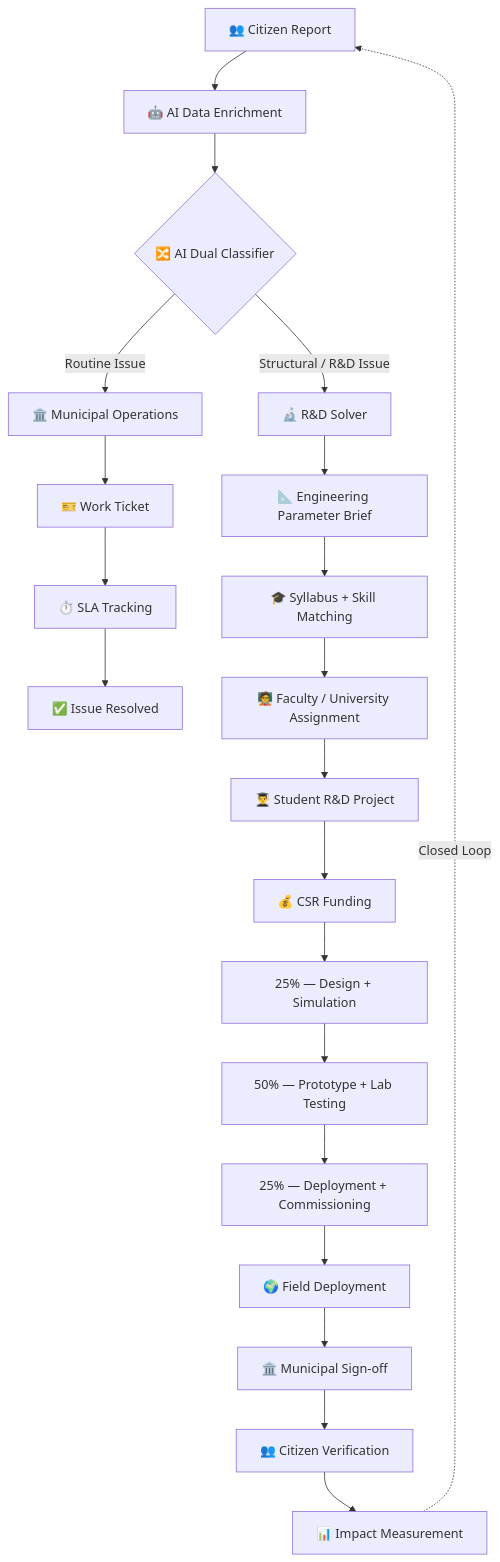
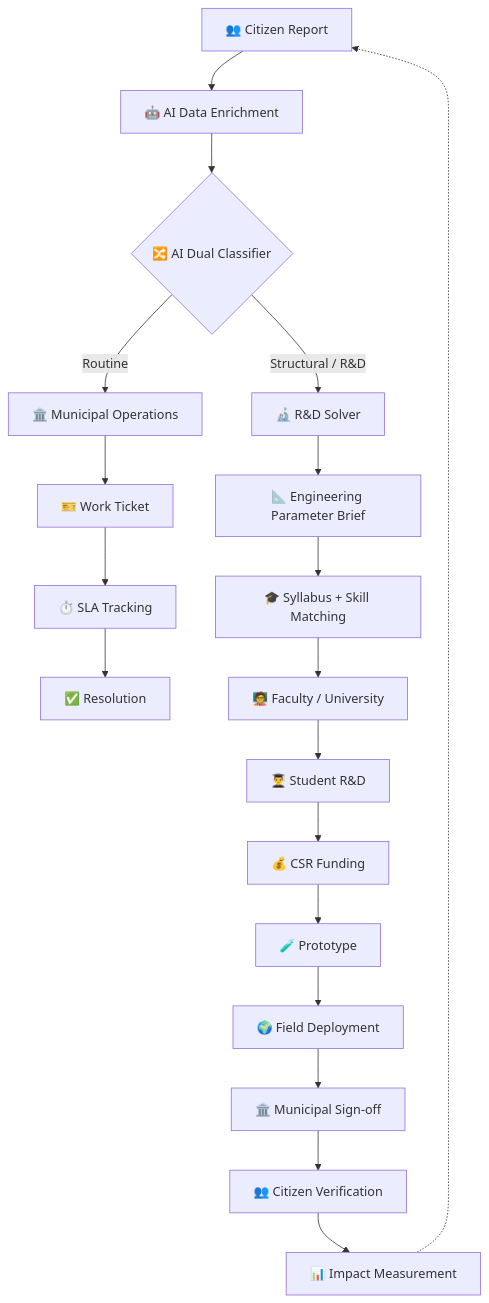
The diagram in README.md (Team-Phoenix-100/Samvad-Setu), drawn with Mermaid before and after one commit. The commit also changed other lines of this file, not shown here.

````diff
--- a/README.md
+++ b/README.md
@@ -371,27 +427,23 @@
-```mermaid
+``` mermaid
 flowchart TD
     A["👥 Citizen Report"] --> B["🤖 AI Data Enrichment"]
     B --> C{"🔀 AI Dual Classifier"}
 
-    C -->|"Routine Issue"| D["🏛️ Municipal Operations"]
+    C -->|"Routine"| D["🏛️ Municipal Operations"]
     D --> E["🎫 Work Ticket"]
     E --> F["⏱️ SLA Tracking"]
-    F --> G["✅ Issue Resolved"]
+    F --> G["✅ Resolution"]
 
-    C -->|"Structural / R&D Issue"| H["🔬 R&D Solver"]
+    C -->|"Structural / R&D"| H["🔬 R&D Solver"]
     H --> I["📐 Engineering Parameter Brief"]
     I --> J["🎓 Syllabus + Skill Matching"]
-    J --> K["🧑‍🏫 Faculty / University Assignment"]
-    K --> L["👨‍🎓 Student R&D Project"]
+    J --> K["🧑‍🏫 Faculty / University"]
+    K --> L["👨‍🎓 Student R&D"]
     L --> M["💰 CSR Funding"]
-
-    M --> N["25% — Design + Simulation"]
-    N --> O["50% — Prototype + Lab Testing"]
-    O --> P["25% — Deployment + Commissioning"]
-    P --> Q["🌍 Field Deployment"]
-    Q --> R["🏛️ Municipal Sign-off"]
-    R --> S["👥 Citizen Verification"]
-    S --> T["📊 Impact Measurement"]
-
-    T -. "Closed Loop" .-> A
+    M --> N["🧪 Prototype"]
+    N --> O["🌍 Field Deployment"]
+    O --> P["🏛️ Municipal Sign-off"]
+    P --> Q["👥 Citizen Verification"]
+    Q --> R["📊 Impact Measurement"]
+    R -.-> A
 ```
````
